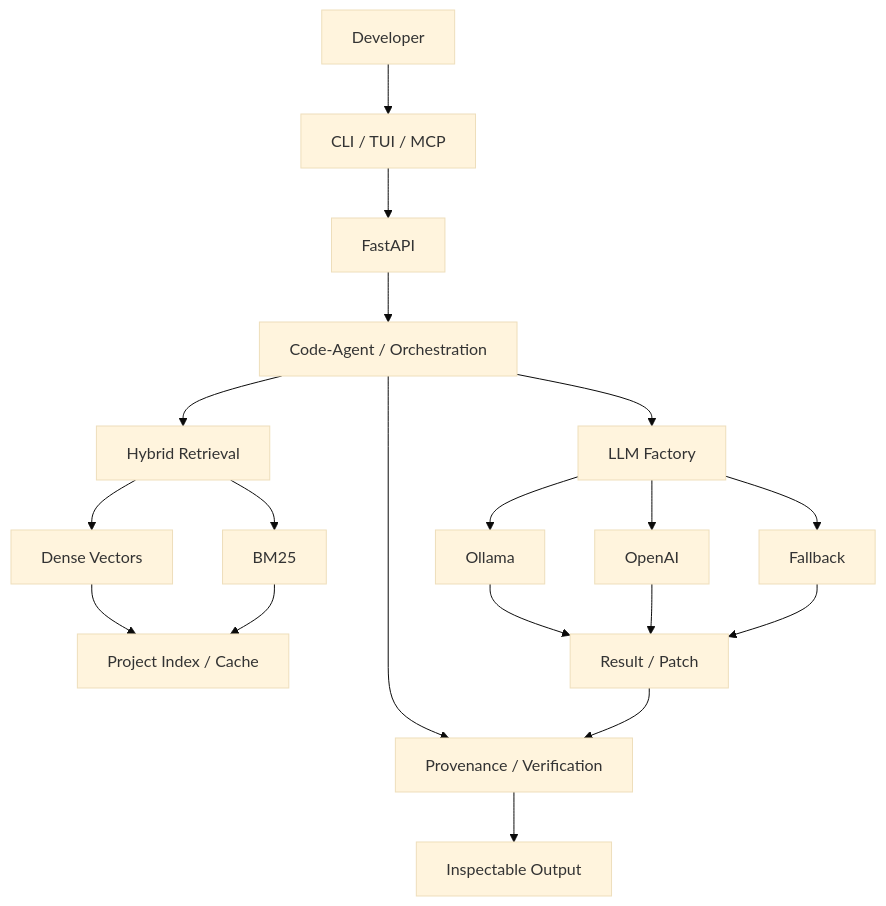
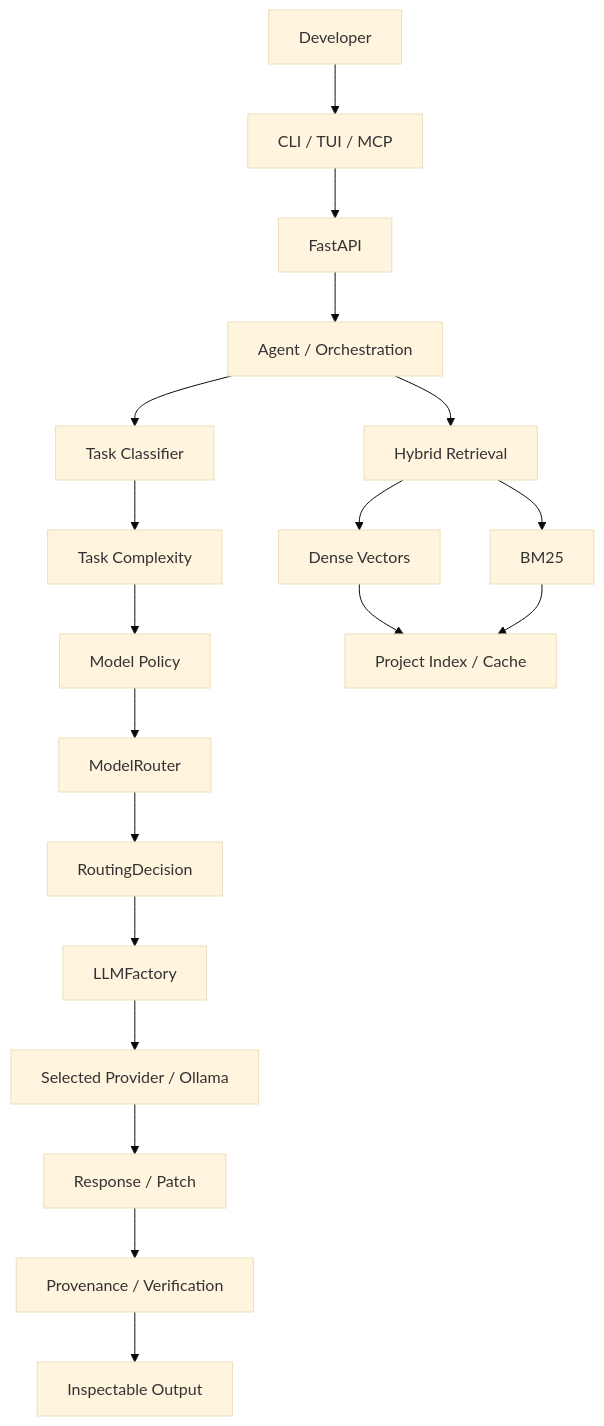
Before and after one commit to sharfuddin18/Codemaster-Ai: the first of 3 diagrams in README.md, drawn with Mermaid (base theme). The commit also changed other lines of this file, not shown here.

````diff
--- a/README.md
+++ b/README.md
@@ -79,21 +83,21 @@
 ```mermaid
 flowchart TD
     U[Developer] --> I[CLI / TUI / MCP]
     I --> API[FastAPI]
-    API --> A[Code-Agent / Orchestration]
+    API --> A[Agent / Orchestration]
+    A --> TC[Task Classifier]
+    TC --> CX[Task Complexity]
+    CX --> MP[Model Policy]
+    MP --> MR[ModelRouter]
+    MR --> RD[RoutingDecision]
+    RD --> F[LLMFactory]
+    F --> P[Selected Provider / Ollama]
     A --> R[Hybrid Retrieval]
-    A --> F[LLM Factory]
-    A --> V[Provenance / Verification]
     R --> D[Dense Vectors]
     R --> B[BM25]
     D --> C[Project Index / Cache]
     B --> C
-    F --> O[Ollama]
-    F --> OP[OpenAI]
-    F --> FB[Fallback]
-    O --> G[Result / Patch]
-    OP --> G
-    FB --> G
-    G --> V
+    P --> G[Response / Patch]
+    G --> V[Provenance / Verification]
     V --> OUT[Inspectable Output]
 ```
````
